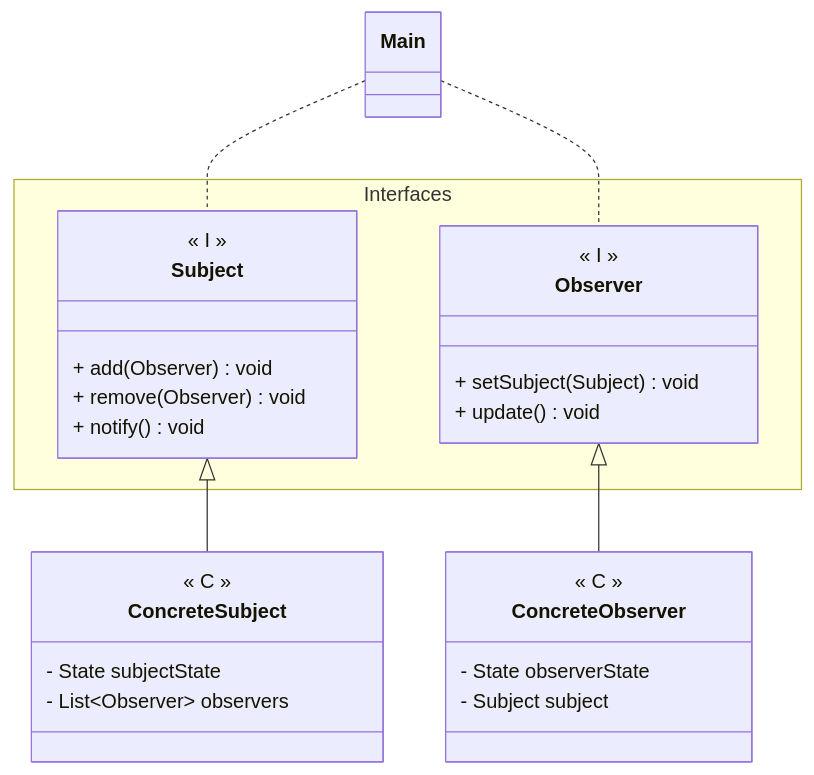
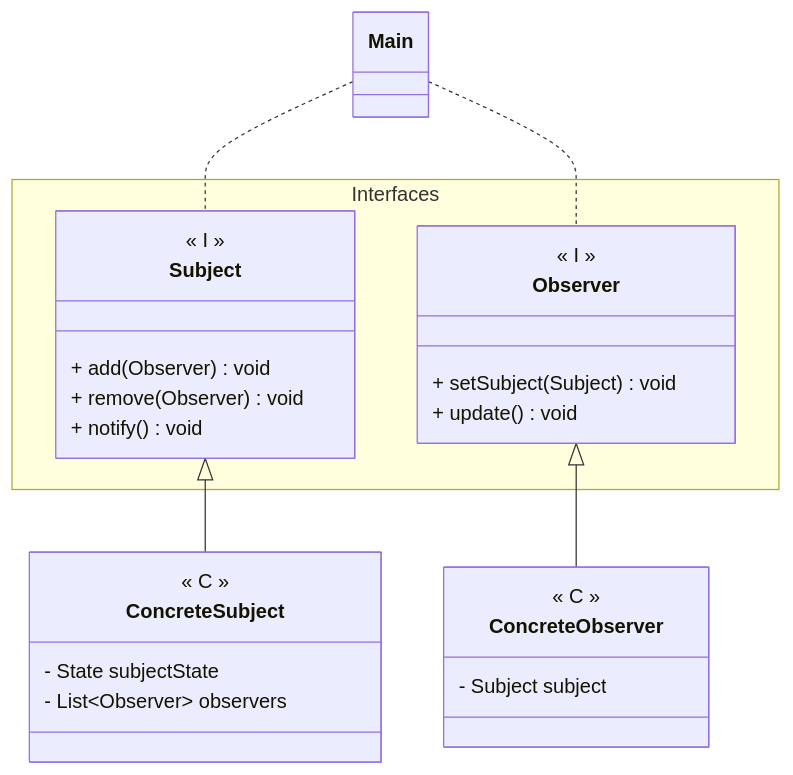
Before and after one commit to angelromarco04/MyNotes: the diagram in Programming/Patterns/data/Observer.md, drawn with Mermaid. The commit also changed other lines of this file, not shown here.

````diff
--- a/Programming/Patterns/data/Observer.md
+++ b/Programming/Patterns/data/Observer.md
@@ -26,39 +26,38 @@
 ```mermaid
 classDiagram
 direction TB
 
 Main .. Subject
 Main .. Observer
 
 Subject <|-- ConcreteSubject
 Observer <|-- ConcreteObserver
 
 namespace Interfaces {
 
 	class Subject {
 		<< I >>
 		+ add(Observer) void
 		+ remove(Observer) void
 		+ notify() void
 	}
 
 	class Observer {
 		<< I >>
 		+ setSubject(Subject) void
 		+ update() void
 	}
 }
 
 class ConcreteSubject {
 		<< C >>
 		- State subjectState
 		- List~Observer~ observers
 	}
 
 class ConcreteObserver {
 	<< C >>
-	- State observerState
 	- Subject subject
 }
 
 ```
````
